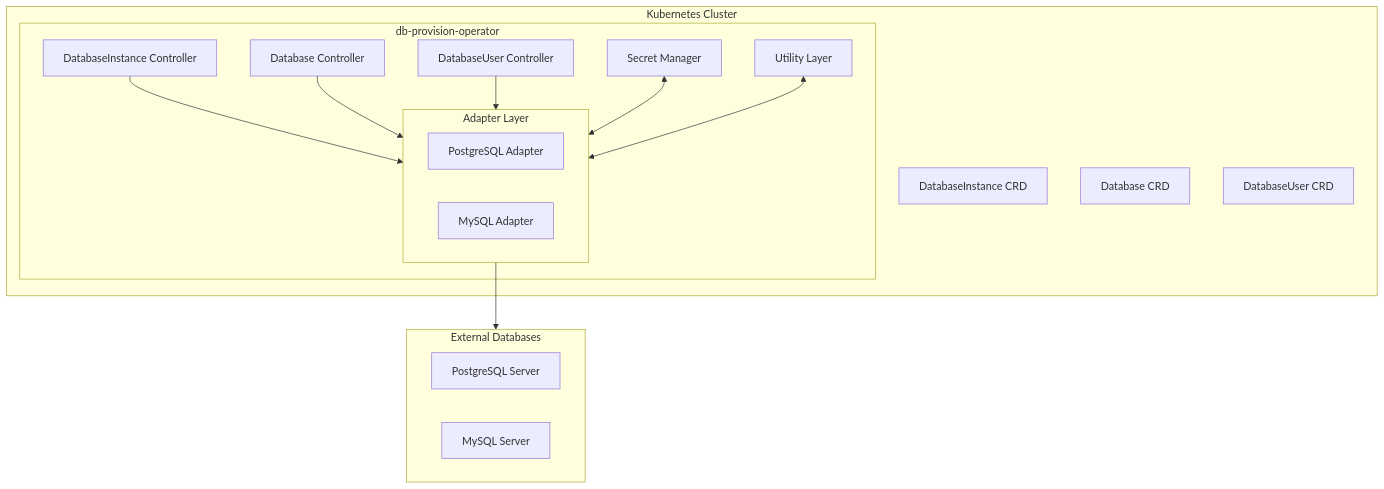
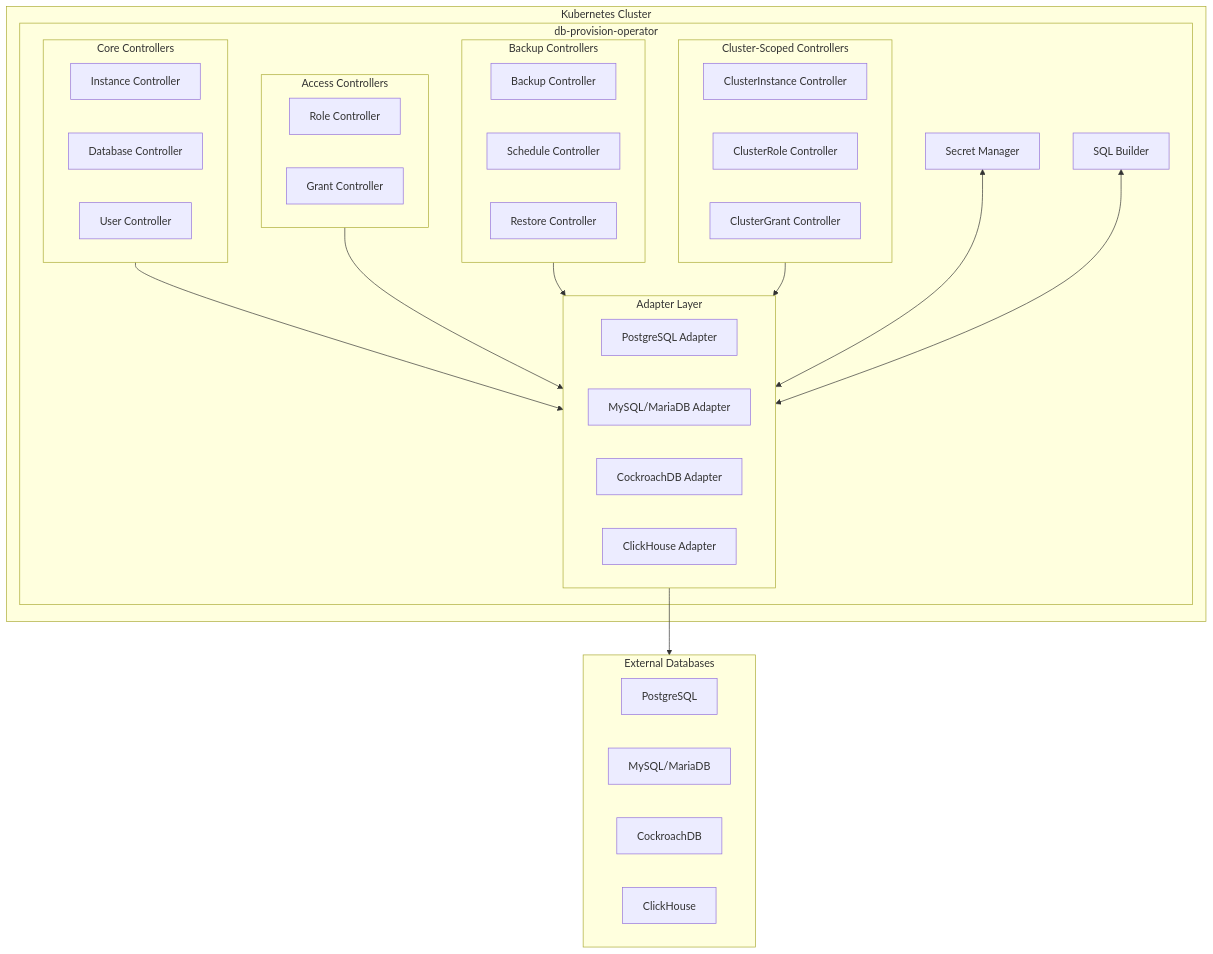
The first of 5 diagrams in docs/architecture/overview.md (panteparak/db-provision-operator), drawn with Mermaid before and after one commit. The commit also changed other lines of this file and 17 other files, not shown here.

````diff
--- a/docs/architecture/overview.md
+++ b/docs/architecture/overview.md
@@ -17,25 +17,42 @@
 ```mermaid
 graph TD
     subgraph K8s["Kubernetes Cluster"]
         subgraph Operator["db-provision-operator"]
-            DIC[DatabaseInstance Controller]
-            DBC[Database Controller]
-            DUC[DatabaseUser Controller]
-            DIC & DBC & DUC --> AL
+            subgraph CoreCtrl["Core Controllers"]
+                DIC[Instance Controller]
+                DBC[Database Controller]
+                DUC[User Controller]
+            end
+            subgraph AccessCtrl["Access Controllers"]
+                DRC[Role Controller]
+                DGC[Grant Controller]
+            end
+            subgraph BackupCtrl["Backup Controllers"]
+                DBKC[Backup Controller]
+                DBSC[Schedule Controller]
+                DRSC[Restore Controller]
+            end
+            subgraph ClusterCtrl["Cluster-Scoped Controllers"]
+                CDIC[ClusterInstance Controller]
+                CDRC[ClusterRole Controller]
+                CDGC[ClusterGrant Controller]
+            end
+            CoreCtrl & AccessCtrl & BackupCtrl & ClusterCtrl --> AL
             subgraph AL["Adapter Layer"]
                 PGA[PostgreSQL Adapter]
-                MYA[MySQL Adapter]
+                MYA[MySQL/MariaDB Adapter]
+                CRA[CockroachDB Adapter]
+                CHA[ClickHouse Adapter]
             end
             SM[Secret Manager] <--> AL
-            UL[Utility Layer] <--> AL
+            SB[SQL Builder] <--> AL
         end
-        CRD1[DatabaseInstance CRD]
-        CRD2[Database CRD]
-        CRD3[DatabaseUser CRD]
     end
     AL --> ExtDB
     subgraph ExtDB["External Databases"]
-        PGS[PostgreSQL Server]
-        MYS[MySQL Server]
+        PGS[PostgreSQL]
+        MYS[MySQL/MariaDB]
+        CRS[CockroachDB]
+        CHS[ClickHouse]
     end
 ```
````
